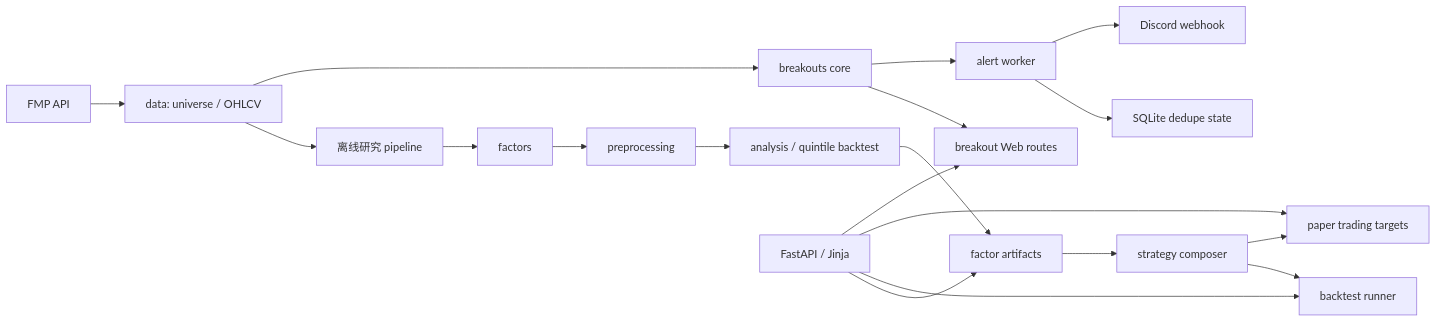
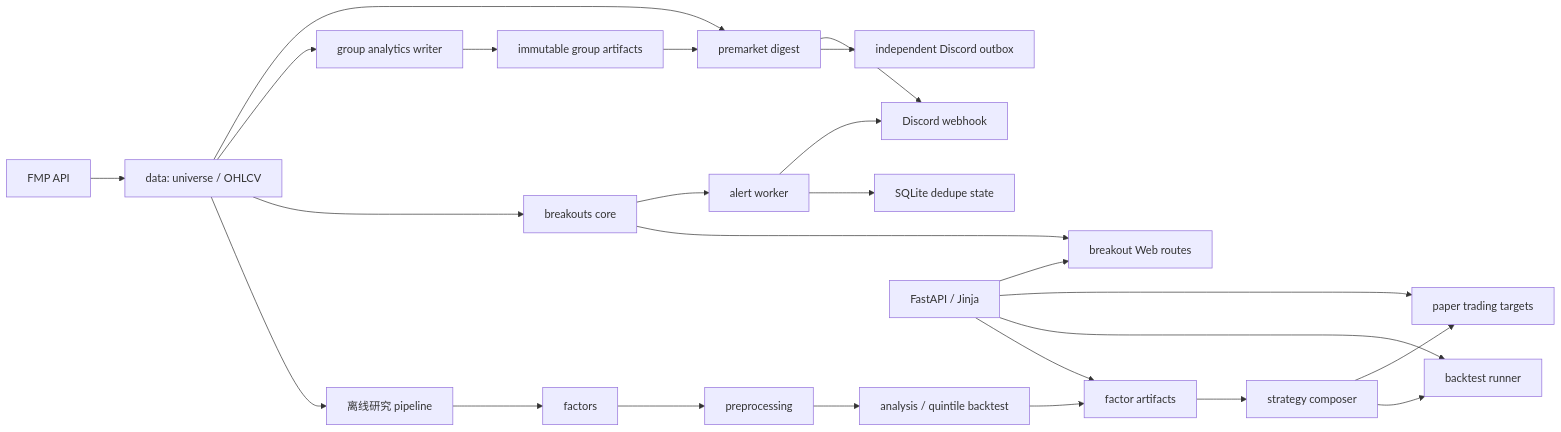
One commit to Clno1/quant-factor-framework changed the diagram in docs/project_architecture.md. Above: the diagram before and after it, drawn with Mermaid. The commit also changed other lines of this file and 67 other files, not shown here.

````diff
--- a/docs/project_architecture.md
+++ b/docs/project_architecture.md
@@ -18,25 +20,32 @@
 ```mermaid
 flowchart LR
     FMP["FMP API"] --> DATA["data: universe / OHLCV"]
 
     DATA --> PIPE["离线研究 pipeline"]
     PIPE --> FAC["factors"]
     FAC --> PRE["preprocessing"]
     PRE --> ANA["analysis / quintile backtest"]
     ANA --> FOUT["factor artifacts"]
 
     FOUT --> STRAT["strategy composer"]
     STRAT --> BT["backtest runner"]
     STRAT --> PAPER["paper trading targets"]
 
     DATA --> BO["breakouts core"]
     BO --> BWEB["breakout Web routes"]
     BO --> ALERT["alert worker"]
     ALERT --> STATE["SQLite dedupe state"]
     ALERT --> DISC["Discord webhook"]
 
+    DATA --> GROUP["group analytics writer"]
+    GROUP --> GOUT["immutable group artifacts"]
+    DATA --> PREOPEN["premarket digest"]
+    GOUT --> PREOPEN
+    PREOPEN --> PSTATE["independent Discord outbox"]
+    PREOPEN --> DISC
+
     WEB["FastAPI / Jinja"] --> FOUT
     WEB --> BT
     WEB --> PAPER
     WEB --> BWEB
 ```
````
